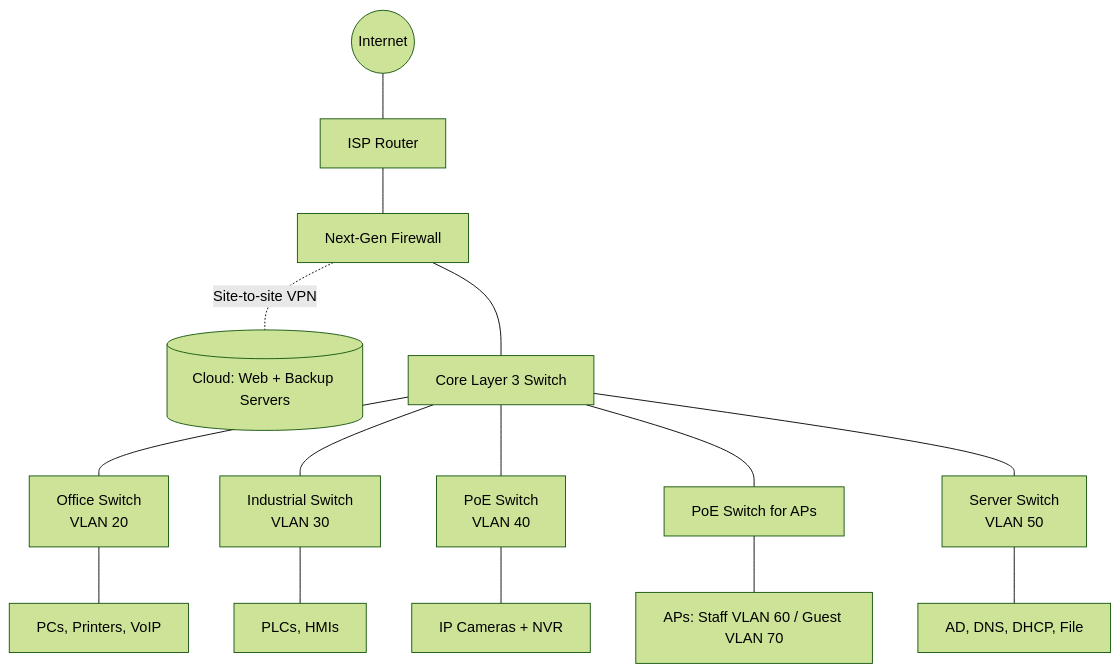
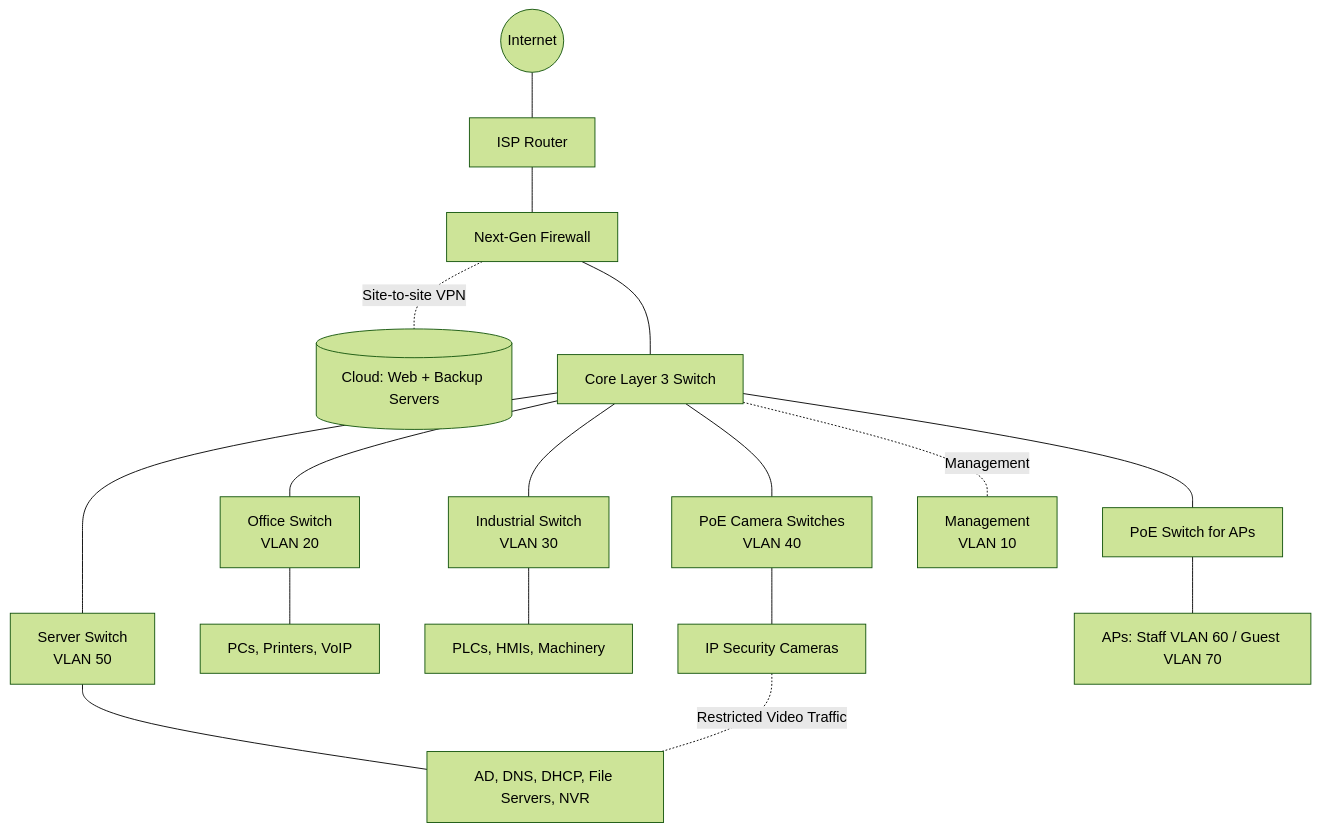
One commit to Ctmuller/IS355_GroupProject changed the diagram in Project_Draft.md. Above: the diagram before and after it, drawn with Mermaid (forest theme). The commit also changed other lines of this file, not shown here.

````diff
--- a/Project_Draft.md
+++ b/Project_Draft.md
@@ -106,17 +304,23 @@
 ```mermaid
 flowchart TB
     INET((Internet)) --- ISP[ISP Router]
     ISP --- FW[Next-Gen Firewall]
     FW -. Site-to-site VPN .- CLOUD[(Cloud: Web + Backup Servers)]
     FW --- CORE[Core Layer 3 Switch]
-    CORE --- OFF[Office Switch<br/>VLAN 20]
-    CORE --- FAC[Industrial Switch<br/>VLAN 30]
-    CORE --- CAM[PoE Switch<br/>VLAN 40]
+
+    CORE --- OFF["Office Switch<br/>VLAN 20"]
+    CORE --- FAC["Industrial Switch<br/>VLAN 30"]
+    CORE --- CAM["PoE Camera Switches<br/>VLAN 40"]
     CORE --- WIFI[PoE Switch for APs]
-    CORE --- SRV[Server Switch<br/>VLAN 50]
+    CORE --- SRV["Server Switch<br/>VLAN 50"]
+
+    CORE -. Management .- MGMT["Management<br/>VLAN 10"]
+
     OFF --- OFFD[PCs, Printers, VoIP]
-    FAC --- FACD[PLCs, HMIs]
-    CAM --- CAMD[IP Cameras + NVR]
-    WIFI --- APS[APs: Staff VLAN 60 / Guest VLAN 70]
-    SRV --- SRVD[AD, DNS, DHCP, File]
+    FAC --- FACD[PLCs, HMIs, Machinery]
+    CAM --- CAMD[IP Security Cameras]
+    WIFI --- APS["APs: Staff VLAN 60 / Guest VLAN 70"]
+    SRV --- SRVD["AD, DNS, DHCP, File Servers, NVR"]
+
+    CAMD -. Restricted Video Traffic .- SRVD
 ```
````
